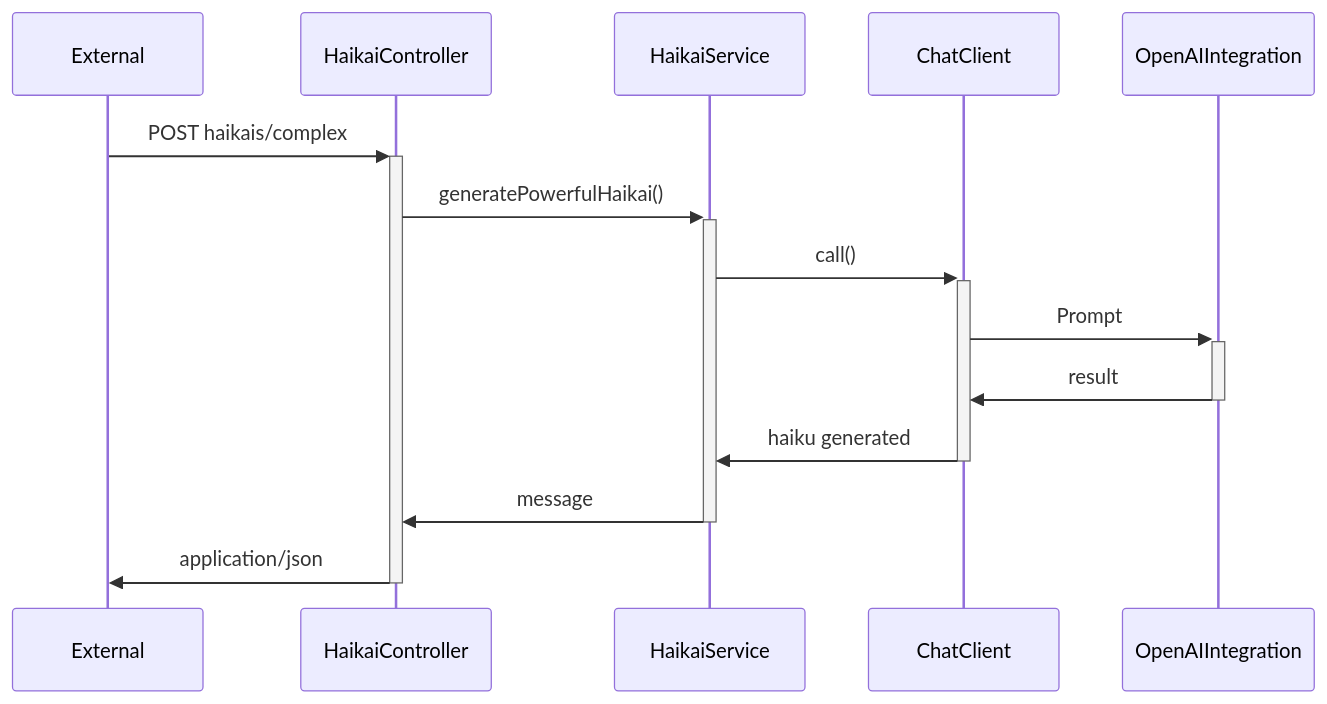
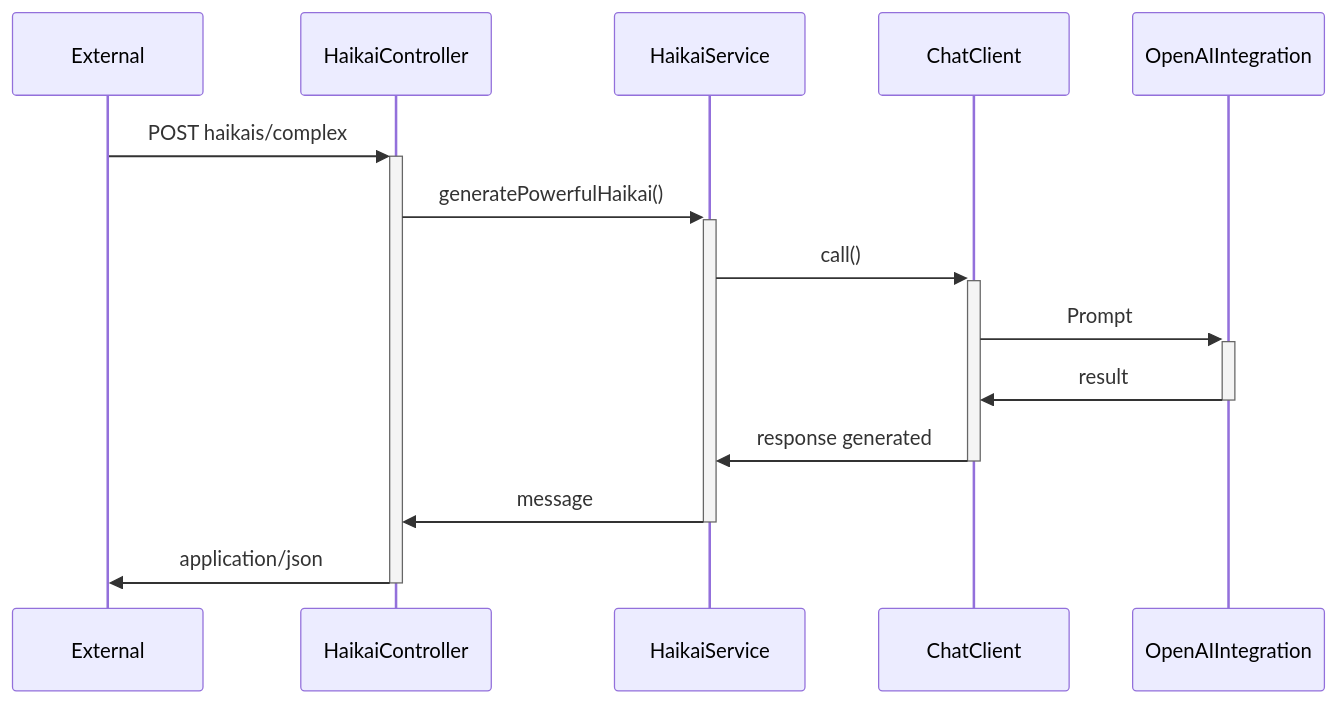
Before and after one commit to ortolanph/haikAI: the second of 5 diagrams in article/article.md, drawn with Mermaid. The commit also changed other lines of this file and 9 other files, not shown here.

Commit message:
changes to the article and adding diagram pictures

````diff
--- a/article/article.md
+++ b/article/article.md
@@ -150,11 +149,11 @@
 ```mermaid
 sequenceDiagram
     External ->>+ HaikaiController: POST haikais/complex
     HaikaiController ->>+ HaikaiService: generatePowerfulHaikai()
     HaikaiService ->>+ ChatClient: call()
     ChatClient ->>+ OpenAIIntegration: Prompt
     OpenAIIntegration ->>- ChatClient: result
-    ChatClient ->>- HaikaiService: haiku generated
+    ChatClient ->>- HaikaiService: response generated
     HaikaiService ->>- HaikaiController: message
     HaikaiController ->>- External: application/json
 ```
````
